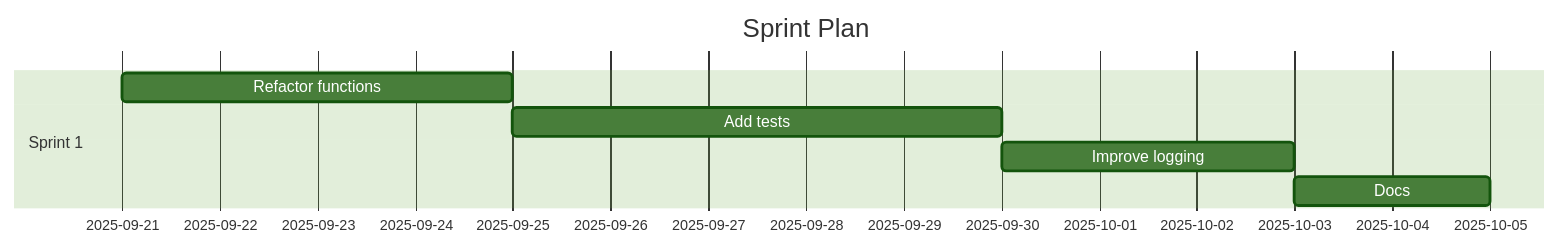
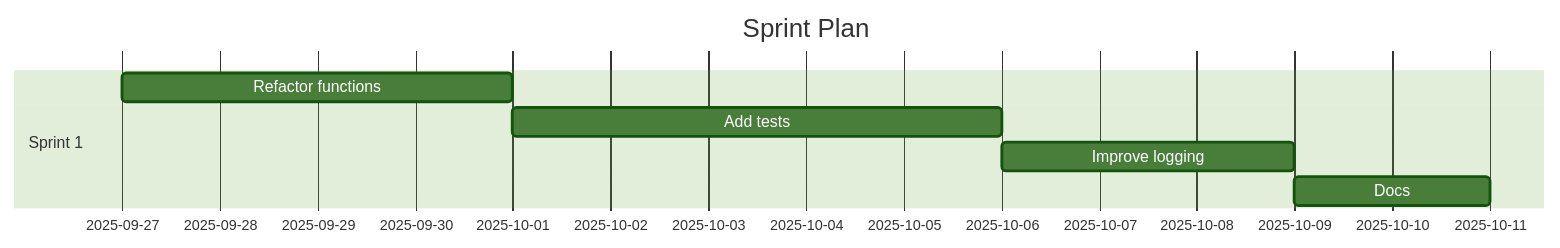
The diagram in demos/demo-code-analysis.sprint.md (Anselmoo/mcp-ai-agent-guidelines), drawn with Mermaid (forest theme) before and after one commit. The commit also changed other lines of this file and 32 other files, not shown here.

````diff
--- a/demos/demo-code-analysis.sprint.md
+++ b/demos/demo-code-analysis.sprint.md
@@ -69,11 +69,11 @@
 ```mermaid
 gantt
 	dateFormat  YYYY-MM-DD
 	title Sprint Plan
 %% Accessibility: Title=Project Sprint Plan; Description=Gantt chart of sprints and tasks over time. %%
   section Sprint 1
-  Refactor functions :s1t0, 2025-09-21, 4d
-  Add tests :s1t1, 2025-09-25, 5d
-  Improve logging :s1t2, 2025-09-30, 3d
-  Docs :s1t3, 2025-10-03, 2d
+  Refactor functions :s1t0, 2025-09-27, 4d
+  Add tests :s1t1, 2025-10-01, 5d
+  Improve logging :s1t2, 2025-10-06, 3d
+  Docs :s1t3, 2025-10-09, 2d
 ```
````
